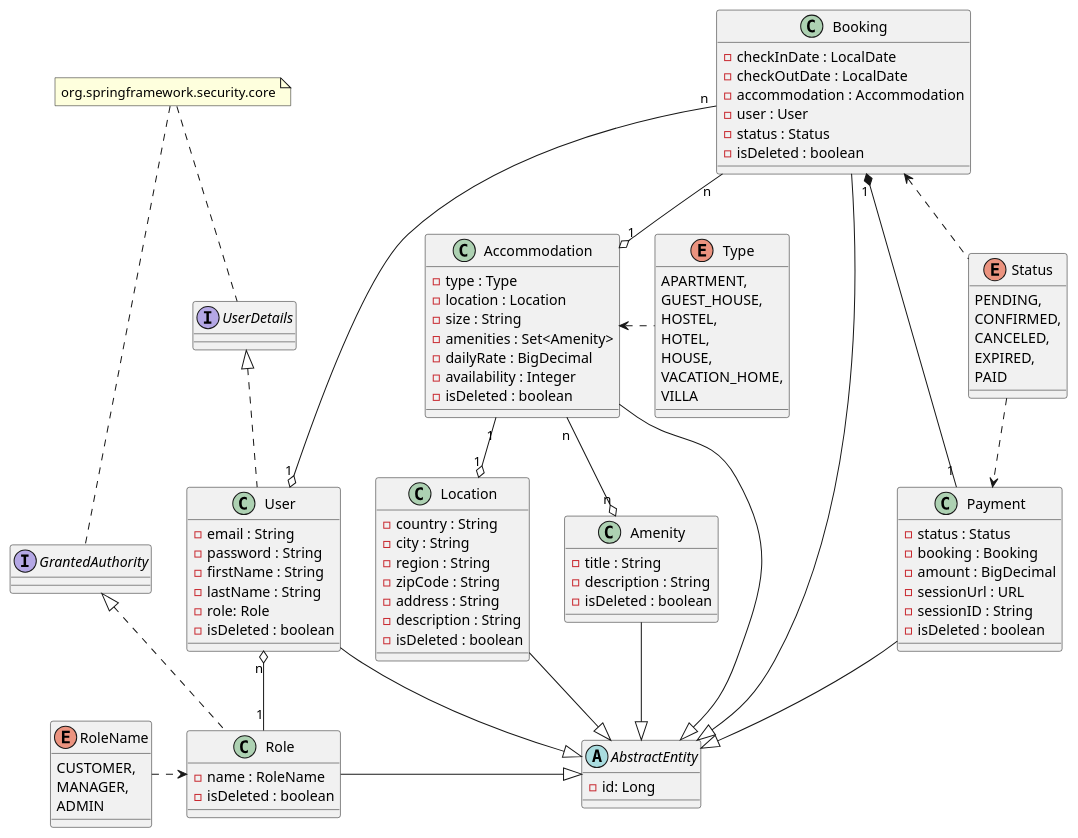
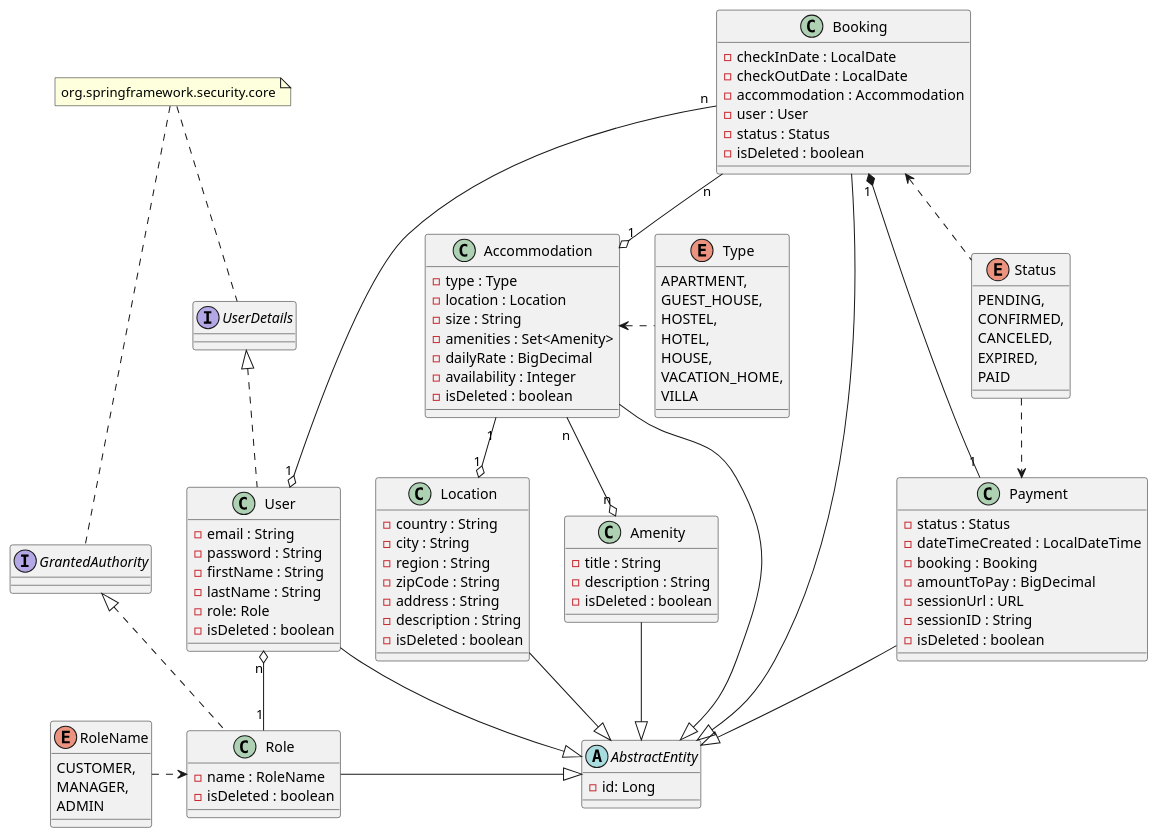
The diagram in UmlModel.puml (yanna-stepanova/AccommodationBookingService), drawn with PlantUML before and after one commit. The commit also changed 17 other files, not shown here.

```diff
--- a/UmlModel.puml
+++ b/UmlModel.puml
@@ -1,118 +1,119 @@
 @startuml
 
 abstract class AbstractEntity {
 - id: Long
 }
 interface UserDetails
 interface GrantedAuthority
 
 class Accommodation {
 - type : Type
 - location : Location
 - size : String
 - amenities : Set<Amenity>
 - dailyRate : BigDecimal
 - availability : Integer
 - isDeleted : boolean
 }
 
 class Location {
 - country : String
 - city : String
 - region : String
 - zipCode : String
 - address : String
 - description : String
 - isDeleted : boolean
 }
 
 class Amenity {
 - title : String
 - description : String
 - isDeleted : boolean
 }
 
 class Role {
 - name : RoleName
 - isDeleted : boolean
 }
 
 
 class User {
 - email : String
 - password : String
 - firstName : String
 - lastName : String
 - role: Role
 - isDeleted : boolean
 }
 
 class Booking {
 - checkInDate : LocalDate
 - checkOutDate : LocalDate
 - accommodation : Accommodation
 - user : User
 - status : Status
 - isDeleted : boolean
 }
 
 class Payment {
 - status : Status
+- dateTimeCreated : LocalDateTime
 - booking : Booking
-- amount : BigDecimal
+- amountToPay : BigDecimal
 - sessionUrl : URL
 - sessionID : String
 - isDeleted : boolean
 }
 
 enum Type {
     APARTMENT,
     GUEST_HOUSE,
     HOSTEL,
     HOTEL,
     HOUSE,
     VACATION_HOME,
     VILLA
 }
 
 enum RoleName {
     CUSTOMER,
     MANAGER,
     ADMIN
 }
 
 enum Status {
     PENDING,
     CONFIRMED,
     CANCELED,
     EXPIRED,
     PAID
 }
 
 note "org.springframework.security.core" as MyNote
 MyNote .. UserDetails
 MyNote .. GrantedAuthority
 
 UserDetails <|.. User
 GrantedAuthority <|.. Role
 
 Booking --|> AbstractEntity
 User -|> AbstractEntity
 Role -|> AbstractEntity
 Accommodation --|> AbstractEntity
 Location --|> AbstractEntity
 Payment --|> AbstractEntity
 Amenity --|> AbstractEntity
 
 User "n" o-- "1" Role
 Booking "n" --o "1" User
 Accommodation "n" --o "n" Amenity
 Accommodation "1" --o "1" Location
 Booking "n" -o "1" Accommodation
 Booking "1" *-- "1" Payment
 
 RoleName .> Role
 Accommodation <. Type
 Status ..> Payment
 Booking <.. Status
 @enduml
```
